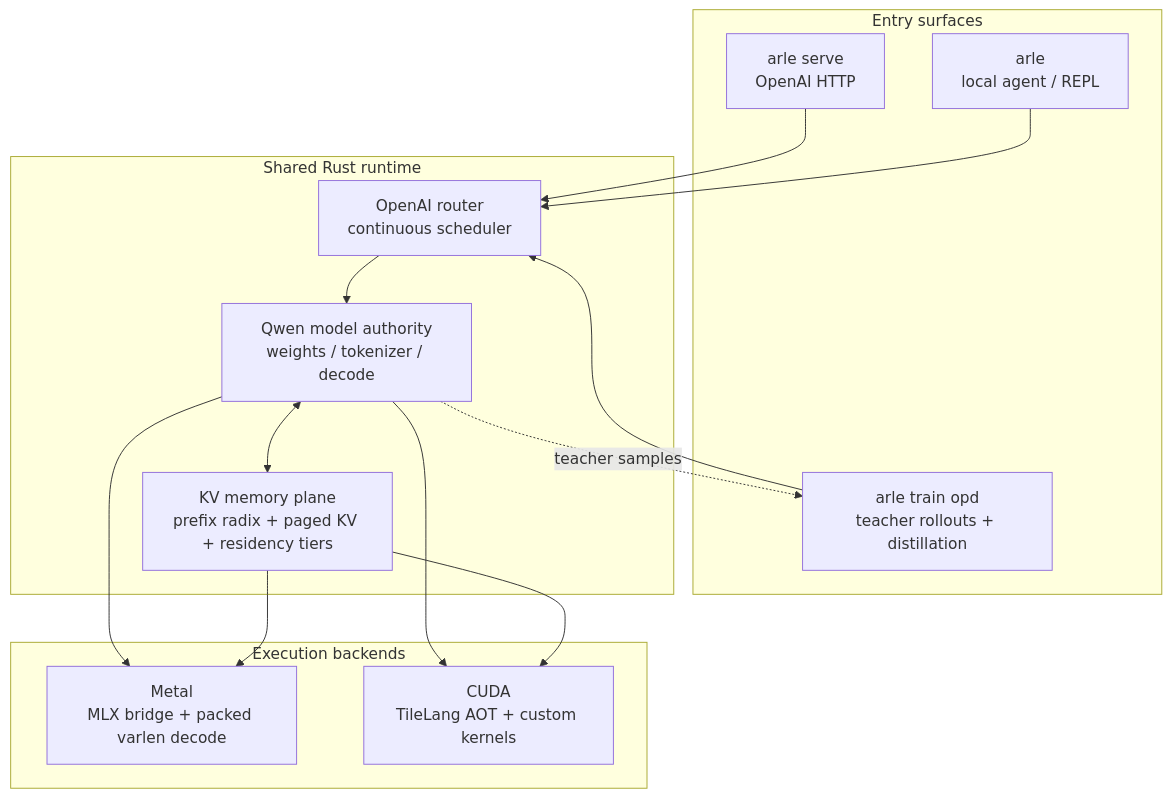
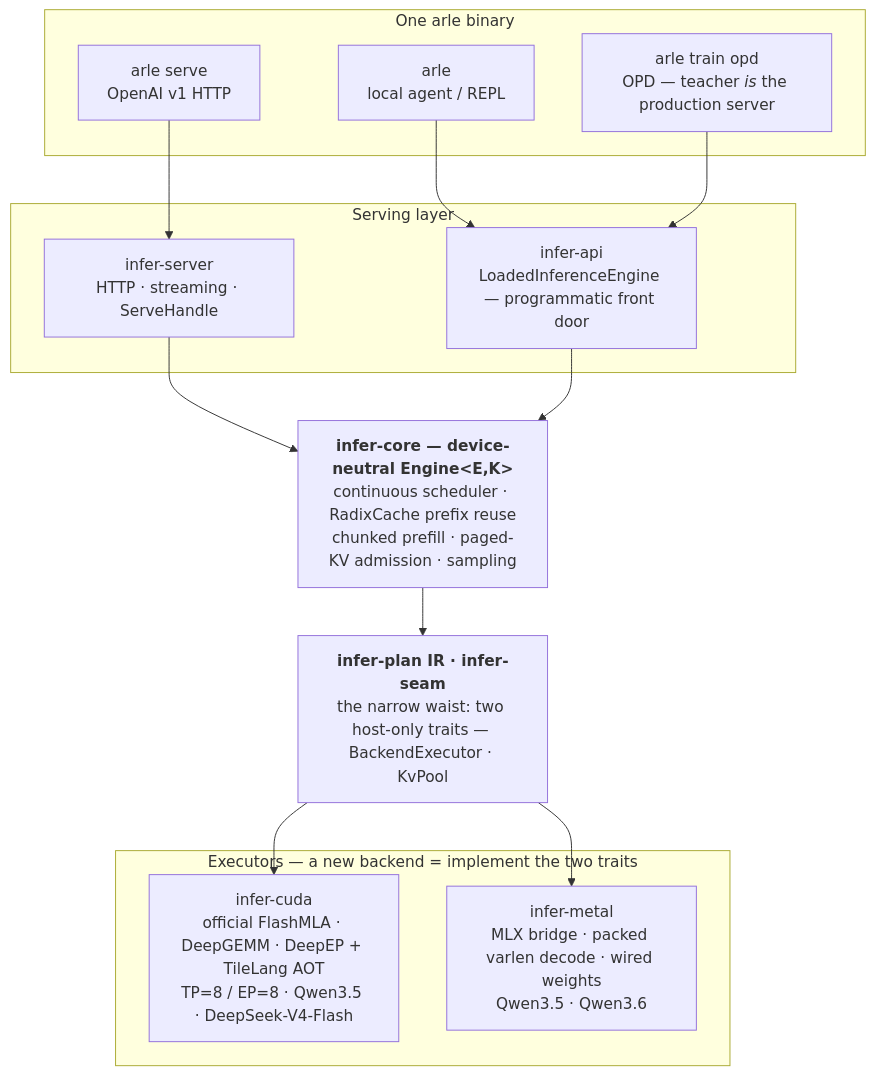
One commit to acupof-ai/arle changed the diagram in README.md. Above: the diagram before and after it, drawn with Mermaid. The commit also changed other lines of this file and 2 other files, not shown here.

Commit message:
docs(docs): README architecture diagram on rewrite-stack truth + brand logo
- Mermaid diagram now shows the actual spine: surfaces -> infer-server /
  infer-api -> device-neutral Engine<E,K> -> infer-plan/infer-seam narrow
  waist (BackendExecutor + KvPool) -> infer-cuda (official FlashMLA/
  DeepGEMM/DeepEP + TileLang AOT, TP8/EP8) / infer-metal (MLX packed
  varlen). Replaces the monolith-era "Qwen model authority / custom
  kernels" sketch.
- docs/assets/logo.svg: site mark recolored to brand #D97757 (currentColor
  renders black in GitHub <img>, invisible on dark theme); 88px centered
  atop both READMEs.

Bench-exempt: docs-only.

````diff
--- a/README.md
+++ b/README.md
@@ -120,30 +124,31 @@
 ```mermaid
 flowchart TB
-  subgraph Surface["Entry surfaces"]
-    Serve["arle serve<br/>OpenAI HTTP"]
+  subgraph Surfaces["One arle binary"]
+    Serve["arle serve<br/>OpenAI v1 HTTP"]
     Agent["arle<br/>local agent / REPL"]
-    Train["arle train opd<br/>teacher rollouts + distillation"]
+    Train["arle train opd<br/>OPD — teacher <i>is</i> the production server"]
   end
 
-  subgraph Runtime["Shared Rust runtime"]
-    Router["OpenAI router<br/>continuous scheduler"]
-    Model["Qwen model authority<br/>weights / tokenizer / decode"]
-    KV["KV memory plane<br/>prefix radix + paged KV + residency tiers"]
+  subgraph Serving["Serving layer"]
+    Server["infer-server<br/>HTTP · streaming · ServeHandle"]
+    API["infer-api<br/>LoadedInferenceEngine — programmatic front door"]
   end
 
-  subgraph Backend["Execution backends"]
-    Metal["Metal<br/>MLX bridge + packed varlen decode"]
-    CUDA["CUDA<br/>TileLang AOT + custom kernels"]
+  Core["<b>infer-core — device-neutral Engine&lt;E,K&gt;</b><br/>continuous scheduler · RadixCache prefix reuse<br/>chunked prefill · paged-KV admission · sampling"]
+
+  Seam["<b>infer-plan IR · infer-seam</b><br/>the narrow waist: two host-only traits — BackendExecutor · KvPool"]
+
+  subgraph Exec["Executors — a new backend = implement the two traits"]
+    CUDA["infer-cuda<br/>official FlashMLA · DeepGEMM · DeepEP + TileLang AOT<br/>TP=8 / EP=8 · Qwen3.5 · DeepSeek-V4-Flash"]
+    Metal["infer-metal<br/>MLX bridge · packed varlen decode · wired weights<br/>Qwen3.5 · Qwen3.6"]
   end
 
-  Serve --> Router
-  Agent --> Router
-  Train --> Router
-  Router --> Model
-  Model <--> KV
-  Model --> Metal
-  Model --> CUDA
-  KV --> Metal
-  KV --> CUDA
-  Model -. teacher samples .-> Train
+  Serve --> Server
+  Agent --> API
+  Train --> API
+  Server --> Core
+  API --> Core
+  Core --> Seam
+  Seam --> CUDA
+  Seam --> Metal
 ```
````
